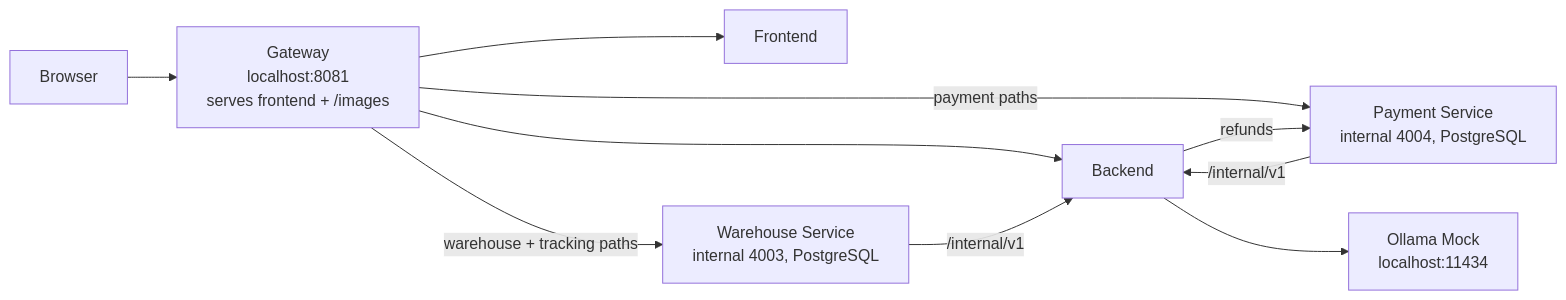
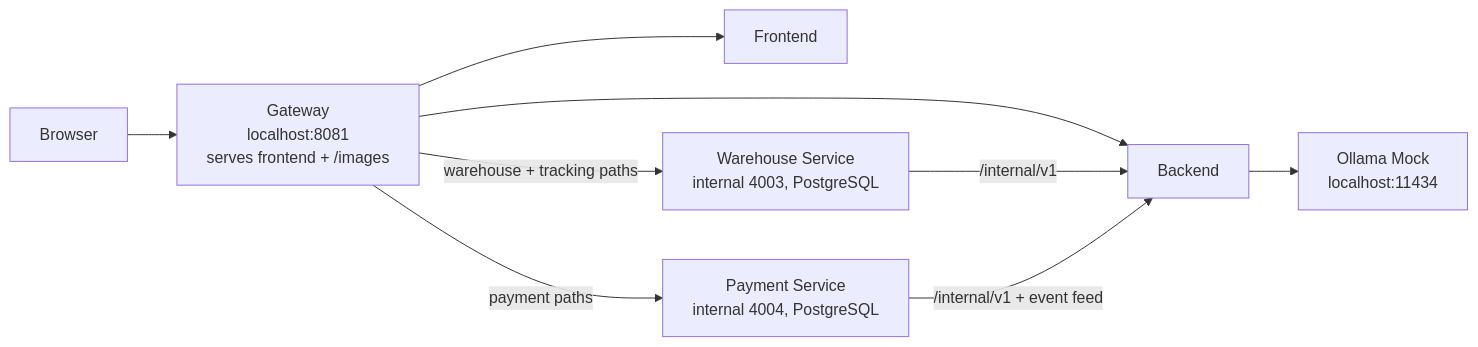
Before and after one commit to slawekradzyminski/awesome-localstack: the first of 3 diagrams in README.md, drawn with Mermaid. The commit also changed 30 other files, not shown here.

First line of the commit message:
Event feed release: backend 3.16.0, warehouse-service 1.3.0, payment-service 1.1.0, architecture decisions (#83)

````diff
--- a/README.md
+++ b/README.md
@@ -100,20 +100,19 @@
 ```mermaid
 flowchart LR
     U[Browser]
     G[Gateway<br/>localhost:8081<br/>serves frontend + /images]
     F[Frontend]
     B[Backend]
     W[Warehouse Service<br/>internal 4003, PostgreSQL]
     PS[Payment Service<br/>internal 4004, PostgreSQL]
     O[Ollama Mock<br/>localhost:11434]
 
     U --> G
     G --> F
     G --> B
     G -->|warehouse + tracking paths| W
     G -->|payment paths| PS
     W -->|/internal/v1| B
-    PS -->|/internal/v1| B
-    B -->|refunds| PS
+    PS -->|/internal/v1 + event feed| B
     B --> O
 ```
````
